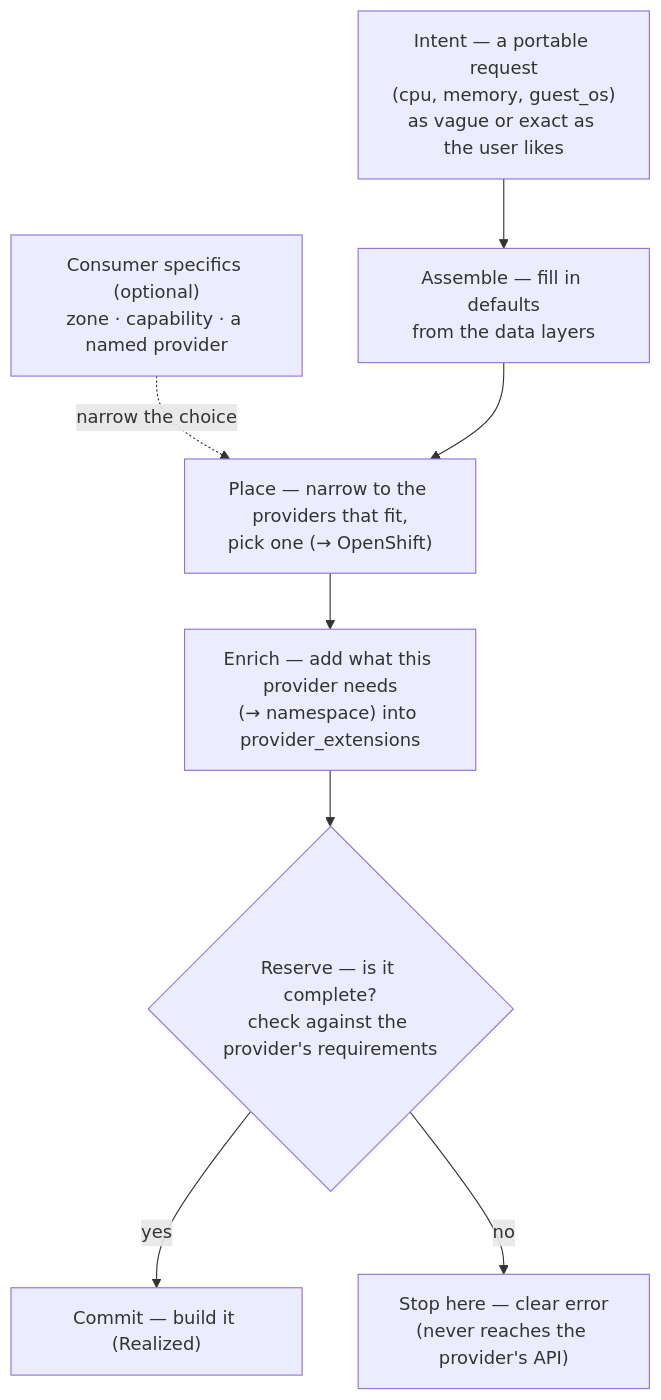
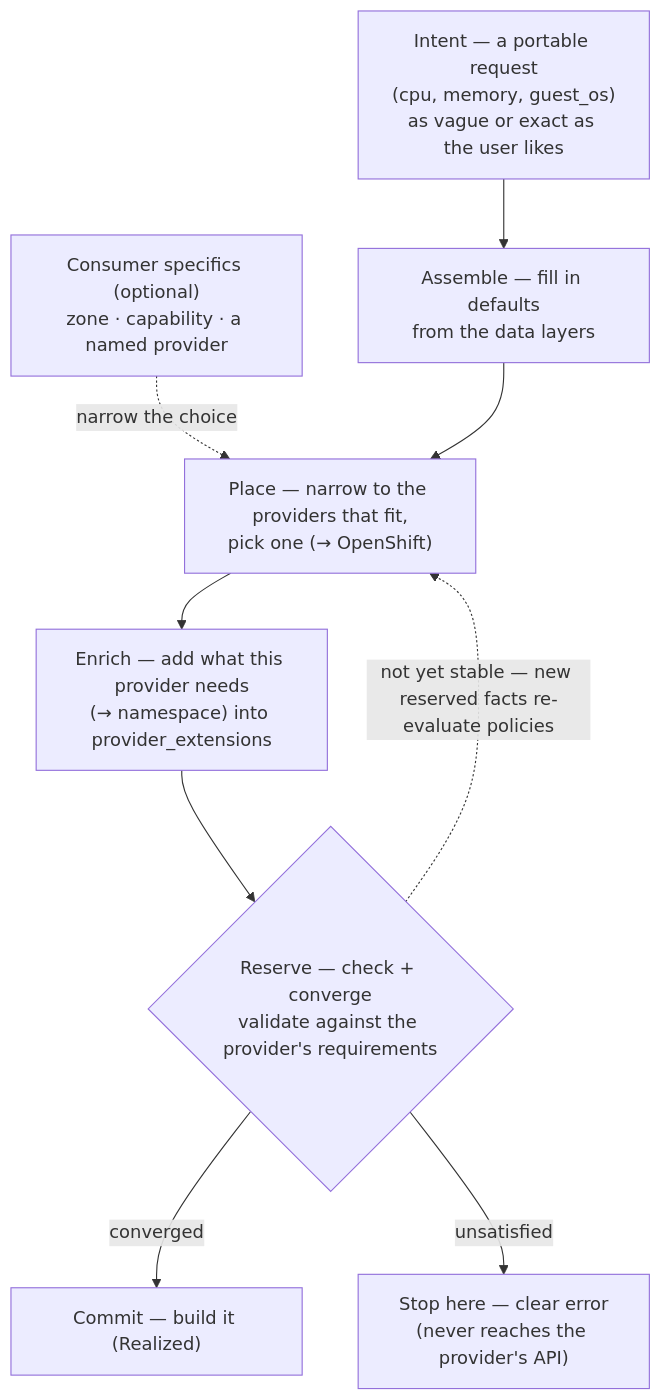
One commit to croadfeldt/udlm changed the diagram in docs/flows/request-realization.md. Above: the diagram before and after it, drawn with Mermaid. The commit also changed other lines of this file and 1 other file, not shown here.

First line of the commit message:
docs(adr): ADR-024 — filling provider-required inputs (validate the original model)

````diff
--- a/docs/flows/request-realization.md
+++ b/docs/flows/request-realization.md
@@ -34,11 +34,12 @@
 ```mermaid
 flowchart TD
   I["Intent — a portable request<br/>(cpu, memory, guest_os)<br/>as vague or exact as the user likes"] --> A
   CC["Consumer specifics (optional)<br/>zone · capability · a named provider"] -.->|narrow the choice| P
   A["Assemble — fill in defaults<br/>from the data layers"] --> P
   P["Place — narrow to the providers that fit,<br/>pick one (→ OpenShift)"] --> E
   E["Enrich — add what this provider needs<br/>(→ namespace) into provider_extensions"] --> R
-  R{"Reserve — is it complete?<br/>check against the provider's requirements"}
-  R -- yes --> C["Commit — build it (Realized)"]
-  R -- no --> F["Stop here — clear error<br/>(never reaches the provider's API)"]
+  R{"Reserve — check + converge<br/>validate against the provider's requirements"}
+  R -. "not yet stable — new reserved facts re-evaluate policies" .-> P
+  R -- converged --> C["Commit — build it (Realized)"]
+  R -- unsatisfied --> F["Stop here — clear error<br/>(never reaches the provider's API)"]
 ```
````
